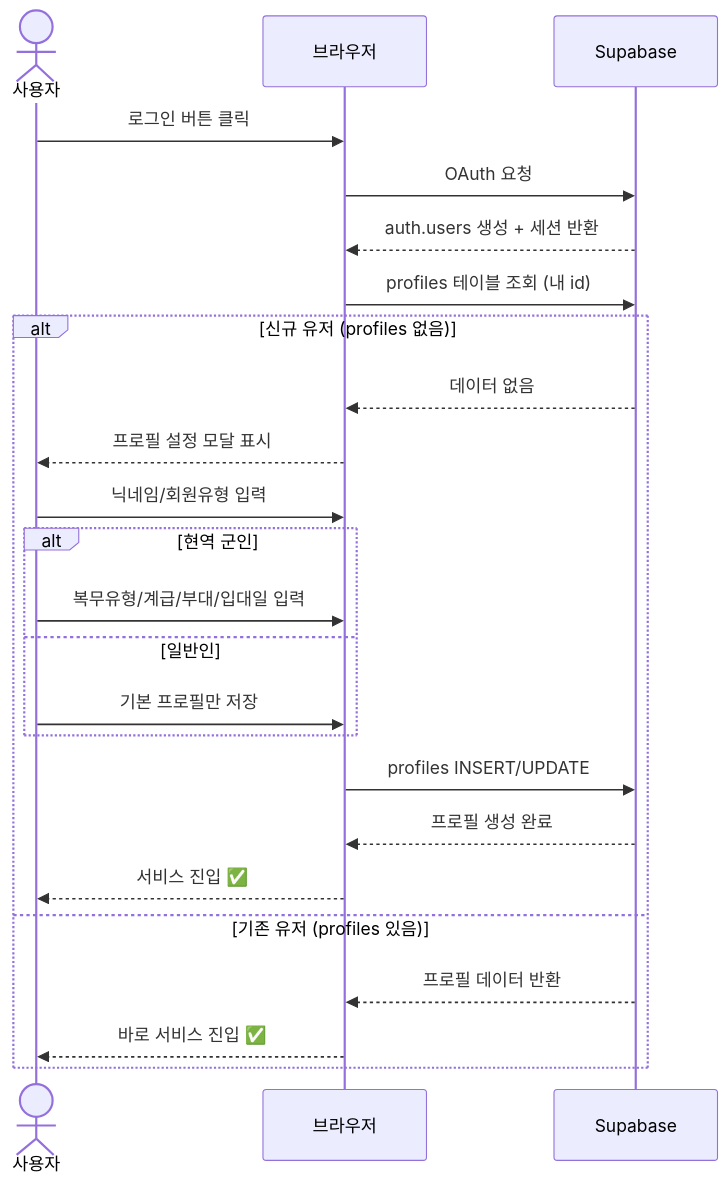
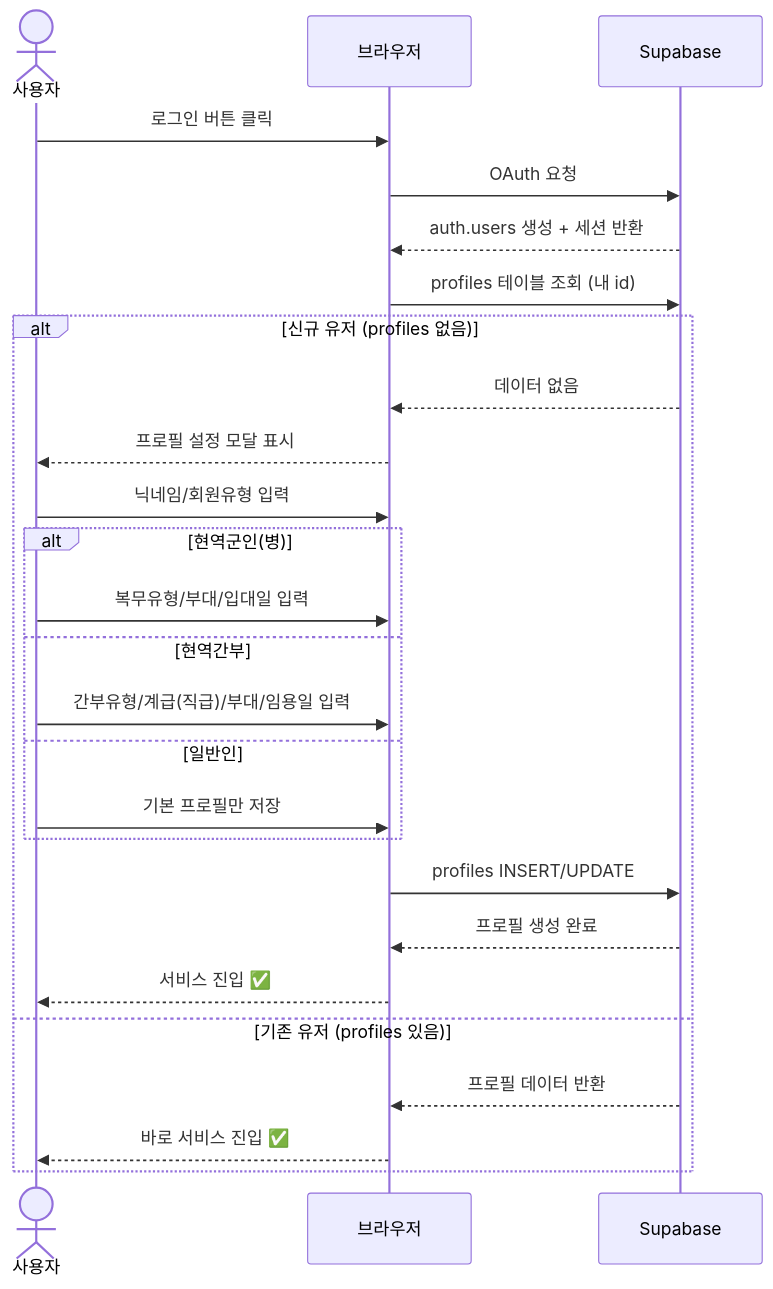
Before and after one commit to STH-1-Class-One-Group/3-idiot: the fourth of 4 diagrams in docs/db-schema-guide.md, drawn with Mermaid. The commit also changed other lines of this file and 10 other files, not shown here.

Commit message:
feat: model profile flows by user role

````diff
--- a/docs/db-schema-guide.md
+++ b/docs/db-schema-guide.md
@@ -261,28 +263,30 @@
 ```mermaid
 sequenceDiagram
     actor 사용자
     participant 브라우저
     participant Supabase
 
     사용자->>브라우저: 로그인 버튼 클릭
     브라우저->>Supabase: OAuth 요청
     Supabase-->>브라우저: auth.users 생성 + 세션 반환
     브라우저->>Supabase: profiles 테이블 조회 (내 id)
 
     alt 신규 유저 (profiles 없음)
         Supabase-->>브라우저: 데이터 없음
         브라우저-->>사용자: 프로필 설정 모달 표시
         사용자->>브라우저: 닉네임/회원유형 입력
-        alt 현역 군인
-            사용자->>브라우저: 복무유형/계급/부대/입대일 입력
+        alt 현역군인(병)
+            사용자->>브라우저: 복무유형/부대/입대일 입력
+        else 현역간부
+            사용자->>브라우저: 간부유형/계급(직급)/부대/임용일 입력
         else 일반인
             사용자->>브라우저: 기본 프로필만 저장
         end
         브라우저->>Supabase: profiles INSERT/UPDATE
         Supabase-->>브라우저: 프로필 생성 완료
         브라우저-->>사용자: 서비스 진입 ✅
     else 기존 유저 (profiles 있음)
         Supabase-->>브라우저: 프로필 데이터 반환
         브라우저-->>사용자: 바로 서비스 진입 ✅
     end
 ```
````
